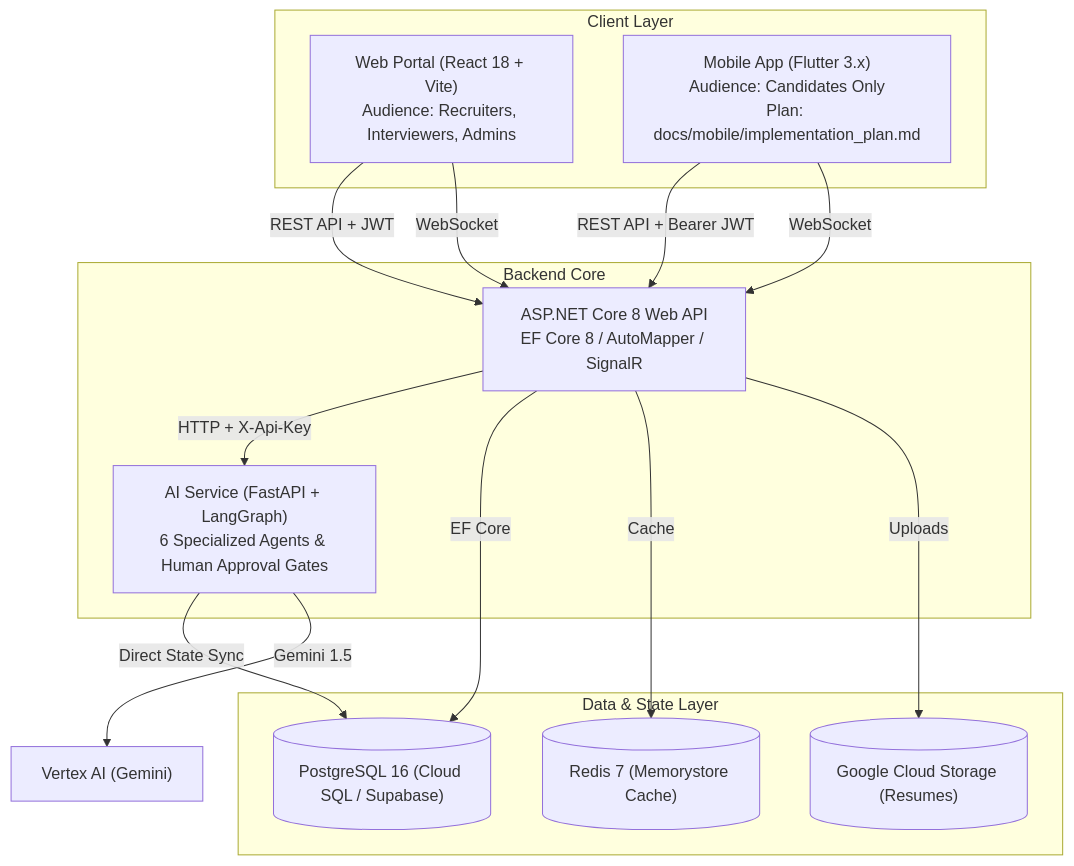
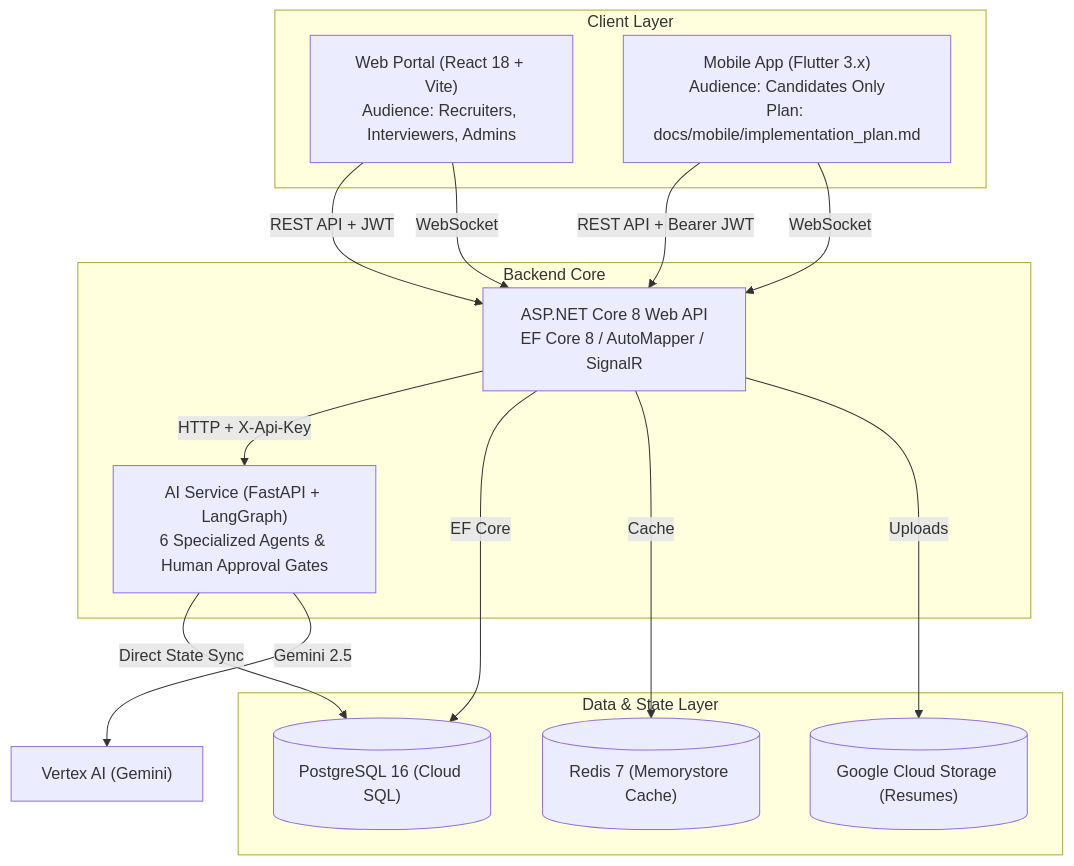
The diagram in README.md (Nadil-Dulnidu/HireWise), drawn with Mermaid before and after one commit.

````diff
--- a/README.md
+++ b/README.md
@@ -13,29 +13,29 @@
 ```mermaid
 graph TB
     subgraph Clients["Client Layer"]
         Web["Web Portal (React 18 + Vite)<br/>Audience: Recruiters, Interviewers, Admins"]
         Mobile["Mobile App (Flutter 3.x)<br/>Audience: Candidates Only<br/>Plan: docs/mobile/implementation_plan.md"]
     end
 
     subgraph CoreBackend["Backend Core"]
         API["ASP.NET Core 8 Web API<br/>EF Core 8 / AutoMapper / SignalR"]
         AIService["AI Service (FastAPI + LangGraph)<br/>6 Specialized Agents & Human Approval Gates"]
     end
 
     subgraph DataStorage["Data & State Layer"]
-        PG[("PostgreSQL 16 (Cloud SQL / Supabase)")]
+        PG[("PostgreSQL 16 (Cloud SQL)")]
         Redis[("Redis 7 (Memorystore Cache)")]
         GCS[("Google Cloud Storage (Resumes)")]
     end
 
     Web -->|REST API + JWT| API
     Mobile -->|REST API + Bearer JWT| API
     Web -->|WebSocket| API
     Mobile -->|WebSocket| API
     API -->|HTTP + X-Api-Key| AIService
     API -->|EF Core| PG
     API -->|Cache| Redis
     API -->|Uploads| GCS
     AIService -->|Direct State Sync| PG
-    AIService -->|Gemini 1.5| Vertex["Vertex AI (Gemini)"]
+    AIService -->|Gemini 2.5| Vertex["Vertex AI (Gemini)"]
 ```
````
